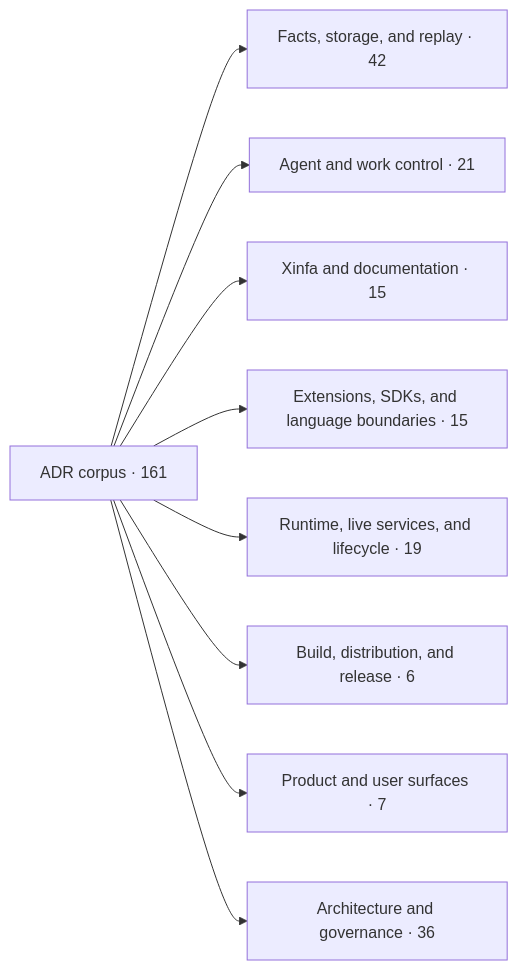
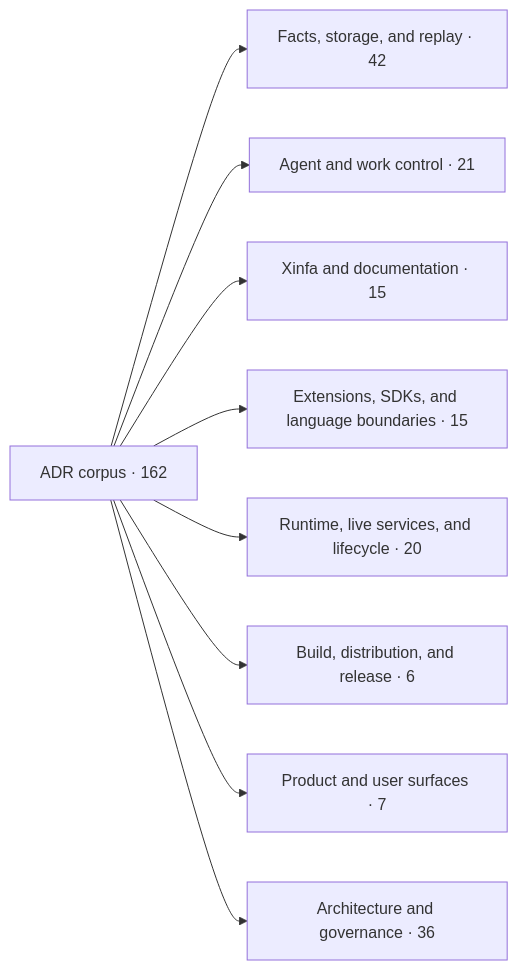
The first of 2 diagrams in docs/architecture/adr-map.md (PterX/kungfu), drawn with Mermaid before and after one commit. The commit also changed other lines of this file and 25 other files, not shown here.

````diff
--- a/docs/architecture/adr-map.md
+++ b/docs/architecture/adr-map.md
@@ -20,12 +20,12 @@
 ```mermaid
 flowchart LR
-  root["ADR corpus · 161"]
+  root["ADR corpus · 162"]
   root --> d0["Facts, storage, and replay · 42"]
   root --> d1["Agent and work control · 21"]
   root --> d2["Xinfa and documentation · 15"]
   root --> d3["Extensions, SDKs, and language boundaries · 15"]
-  root --> d4["Runtime, live services, and lifecycle · 19"]
+  root --> d4["Runtime, live services, and lifecycle · 20"]
   root --> d5["Build, distribution, and release · 6"]
   root --> d6["Product and user surfaces · 7"]
   root --> d7["Architecture and governance · 36"]
 ```
````
